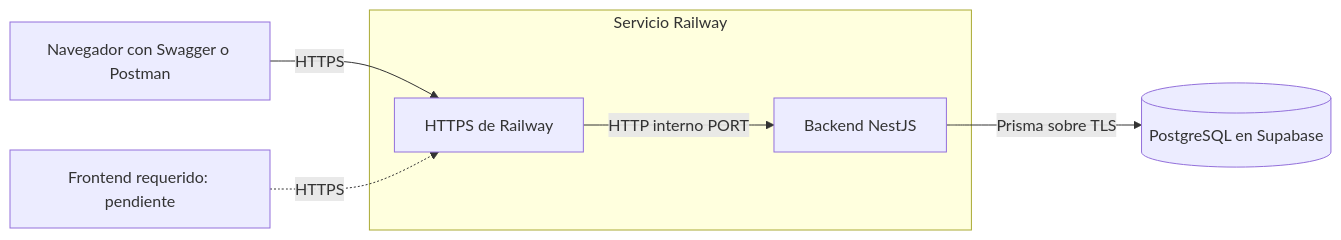
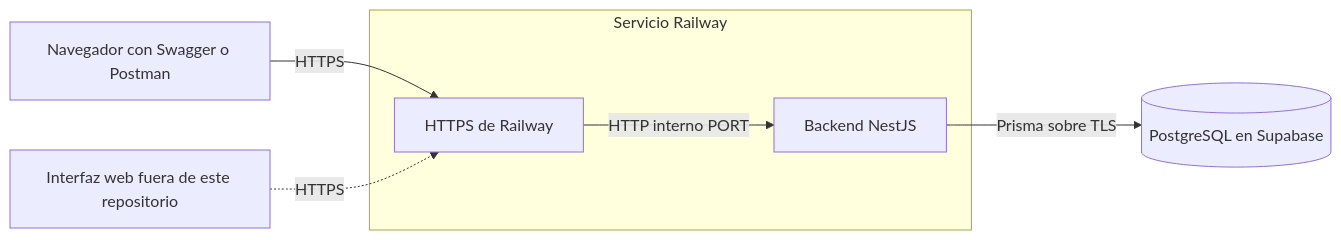
One commit to ChrMlg/SDLC_pasta_la_vista changed the diagram in docs/02-arquitectura.md. Above: the diagram before and after it, drawn with Mermaid. The commit also changed other lines of this file and 7 other files, not shown here.

````diff
--- a/docs/02-arquitectura.md
+++ b/docs/02-arquitectura.md
@@ -3,9 +3,9 @@
 ```mermaid
 flowchart LR
   P[Navegador con Swagger o Postman] -->|HTTPS| C[HTTPS de Railway]
-  F[Frontend requerido: pendiente] -.->|HTTPS| C
+  F[Interfaz web fuera de este repositorio] -.->|HTTPS| C
   subgraph Railway[Servicio Railway]
     C -->|HTTP interno PORT| B[Backend NestJS]
   end
   B -->|Prisma sobre TLS| D[(PostgreSQL en Supabase)]
 ```
````
